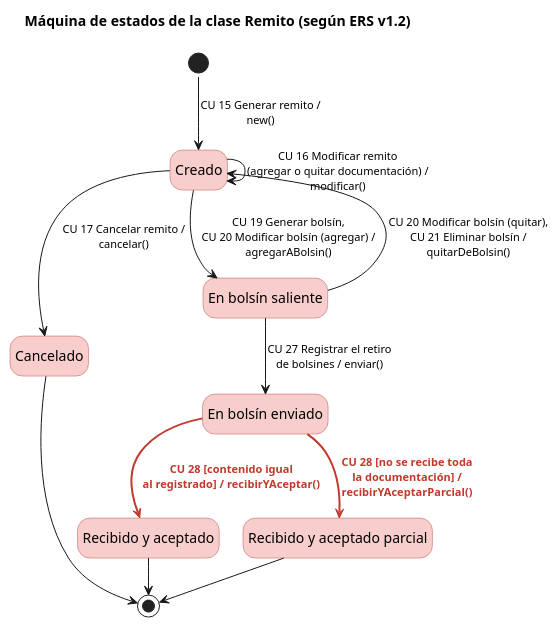
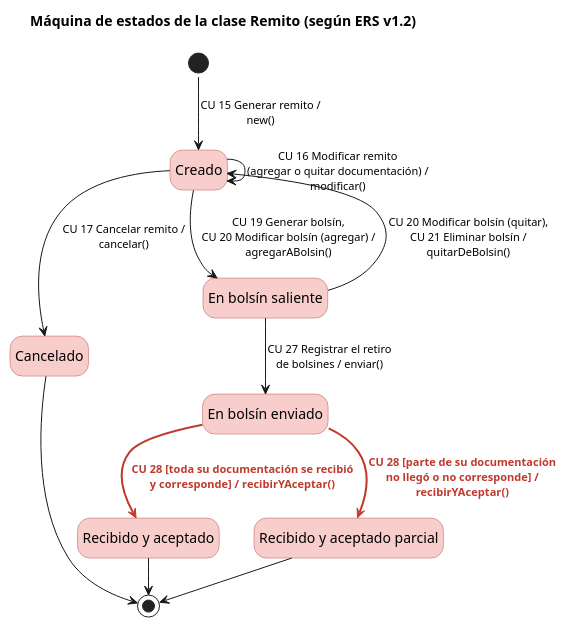
One commit to StefaNovaliere/DSI-PPAI changed the diagram in docs/maquinas-de-estado/remito.puml. Above: the diagram before and after it, drawn with PlantUML. The commit also changed 26 other files, not shown here.

First line of the commit message:
Adaptar el patrón State al rediseño del diagrama de secuencia del grupo

```diff
--- a/docs/maquinas-de-estado/remito.puml
+++ b/docs/maquinas-de-estado/remito.puml
@@ -1,31 +1,31 @@
 @startuml
 !pragma layout smetana
 title Máquina de estados de la clase Remito (según ERS v1.2)
 skinparam state {
   BackgroundColor #F8CECC
   BorderColor #B85450
   FontName Arial
 }
 skinparam ArrowFontName Arial
 skinparam ArrowFontSize 11
 hide empty description
 
 state "Creado" as Creado
 state "Cancelado" as Cancelado
 state "En bolsín saliente" as EnBolsinSaliente
 state "En bolsín enviado" as EnBolsinEnviado
 state "Recibido y aceptado" as RecibidoYAceptado
 state "Recibido y aceptado parcial" as RecibidoYAceptadoParcial
 
 [*] --> Creado : CU 15 Generar remito /\nnew()
 Creado --> Creado : CU 16 Modificar remito\n(agregar o quitar documentación) /\nmodificar()
 Creado --> Cancelado : CU 17 Cancelar remito /\ncancelar()
 Creado --> EnBolsinSaliente : CU 19 Generar bolsín,\nCU 20 Modificar bolsín (agregar) /\nagregarABolsin()
 EnBolsinSaliente --> Creado : CU 20 Modificar bolsín (quitar),\nCU 21 Eliminar bolsín /\nquitarDeBolsin()
 EnBolsinSaliente --> EnBolsinEnviado : CU 27 Registrar el retiro\nde bolsines / enviar()
-EnBolsinEnviado -[#C0392B,bold]-> RecibidoYAceptado : <color:#C0392B><b>CU 28 [contenido igual\n<color:#C0392B><b>al registrado] / recibirYAceptar()
-EnBolsinEnviado -[#C0392B,bold]-> RecibidoYAceptadoParcial : <color:#C0392B><b>CU 28 [no se recibe toda\n<color:#C0392B><b>la documentación] /\n<color:#C0392B><b>recibirYAceptarParcial()
+EnBolsinEnviado -[#C0392B,bold]-> RecibidoYAceptado : <color:#C0392B><b>CU 28 [toda su documentación se recibió\n<color:#C0392B><b>y corresponde] / recibirYAceptar()
+EnBolsinEnviado -[#C0392B,bold]-> RecibidoYAceptadoParcial : <color:#C0392B><b>CU 28 [parte de su documentación\n<color:#C0392B><b>no llegó o no corresponde] /\n<color:#C0392B><b>recibirYAceptar()
 Cancelado --> [*]
 RecibidoYAceptado --> [*]
 RecibidoYAceptadoParcial --> [*]
 @enduml
```
